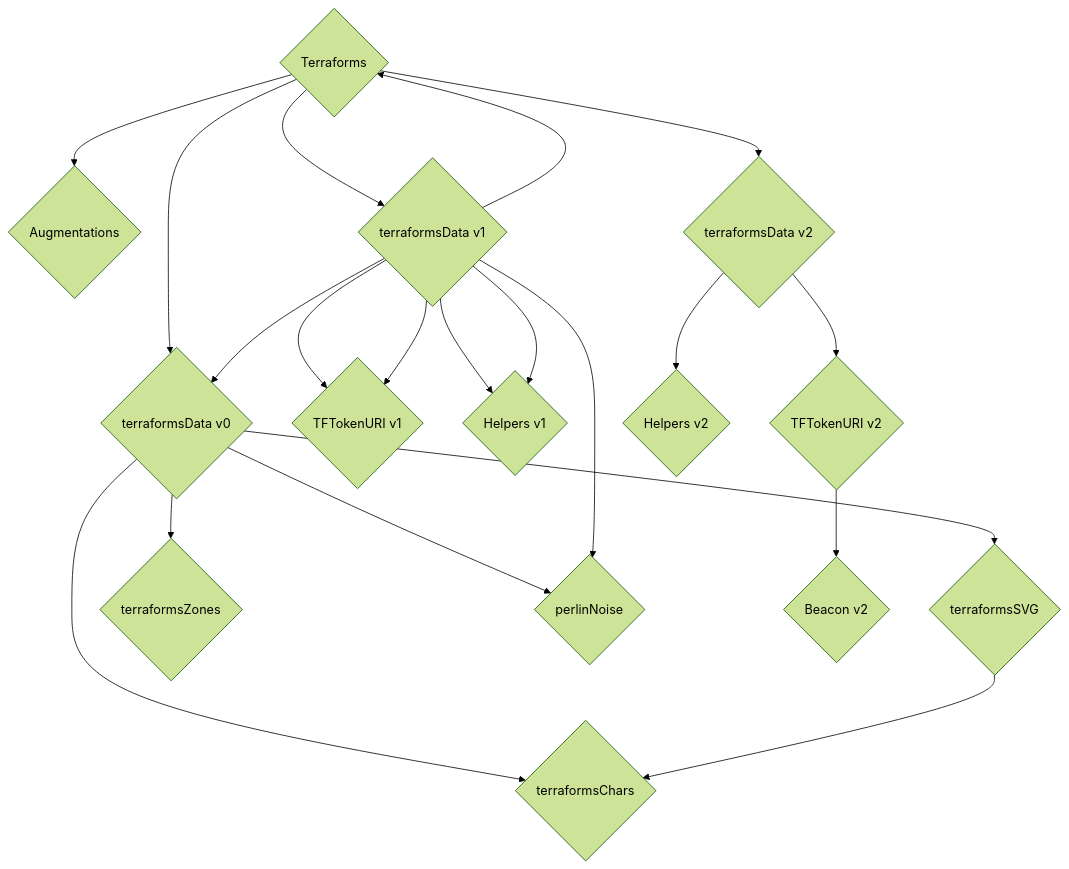
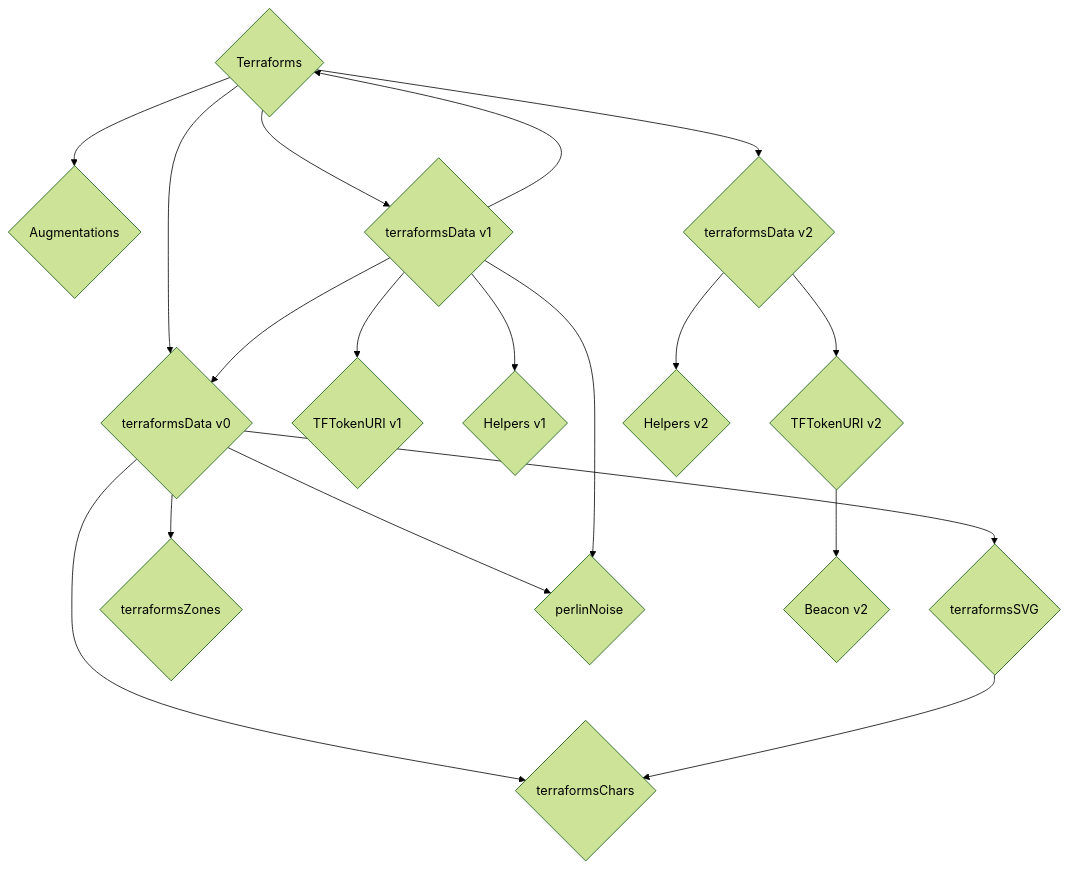
Before and after one commit to thebadcc/terraform-docs: the first of 2 diagrams in contracts/Terraforms.md, drawn with Mermaid (forest theme).

````diff
--- a/contracts/Terraforms.md
+++ b/contracts/Terraforms.md
@@ -22,22 +22,20 @@
 ```mermaid
 graph TD
     A{Terraforms} --> B{Augmentations}
     A --> C{terraformsData v0}
     A --> D{terraformsData v1}
     A --> E{terraformsData v2}
     C --> F{terraformsSVG}
     C --> G{terraformsChars}
     C --> H{terraformsZones}
     C --> I{perlinNoise}
     D --> J{TFTokenURI v1}
     D --> K{Helpers v1}
     E --> L{TFTokenURI v2}
     E --> M{Helpers v2}
     F --> G
     L --> N{Beacon v2}
     D --> A
-    D --> K
-    D --> J
     D --> I
     D --> C
 ```
````
